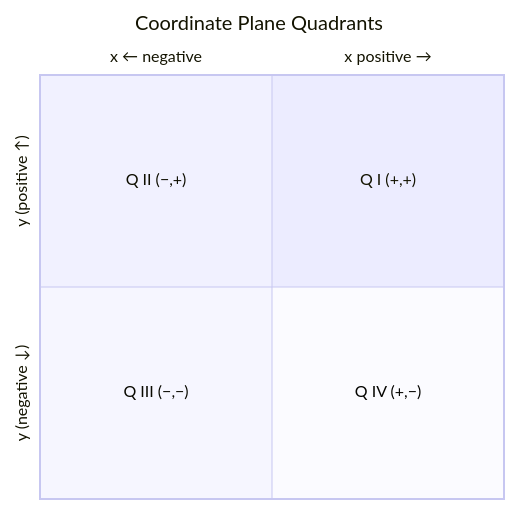
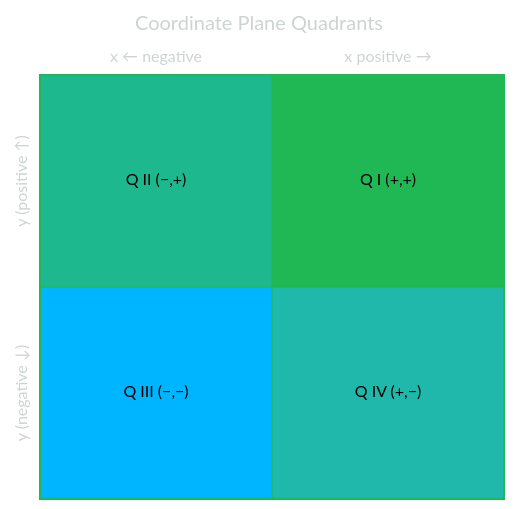
The diagram in Mathematics/Fundamental/16_Coordinate_Plane.md (oat431/general-knowledge), drawn with Mermaid before and after one commit. The commit also changed other lines of this file and 50 other files, not shown here.

````diff
--- a/Mathematics/Fundamental/16_Coordinate_Plane.md
+++ b/Mathematics/Fundamental/16_Coordinate_Plane.md
@@ -66,10 +66,11 @@
 ```mermaid
+%%{init: {'theme':'base','themeVariables':{'primaryColor':'#19362D','primaryTextColor':'#CDD3D1','primaryBorderColor':'#1FB854','lineColor':'#1FB854','background':'#1B1717','mainBkg':'#19362D','clusterBkg':'#161212','edgeLabelBackground':'#161212','titleColor':'#1FB854','fontSize':'14px','quadrant1Fill':'#1FB854','quadrant2Fill':'#1EB88E','quadrant3Fill':'#00B5FF','quadrant4Fill':'#1FB8AB','quadrant1TextFill':'#000000','quadrant2TextFill':'#000000','quadrant3TextFill':'#000000','quadrant4TextFill':'#000000','quadrantPointFill':'#FFBE00','quadrantPointTextFill':'#000000','quadrantXAxisTextFill':'#CDD3D1','quadrantYAxisTextFill':'#CDD3D1'}}}%%
 quadrantChart
     title Coordinate Plane Quadrants
     x-axis "x ← negative" --> "x positive →"
     y-axis "y (negative ↓)" --> "y (positive ↑)"
     quadrant-1 "Q I (+,+)"
     quadrant-2 "Q II (−,+)"
     quadrant-3 "Q III (−,−)"
     quadrant-4 "Q IV (+,−)"
 ```
````
